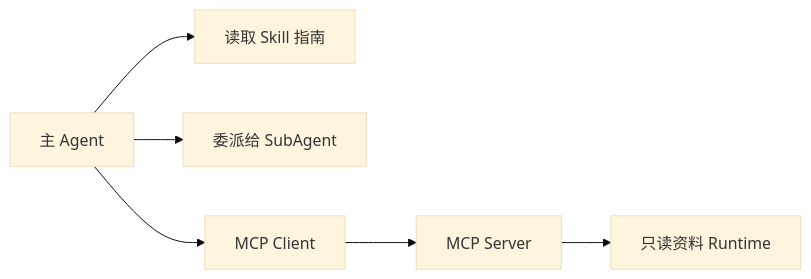
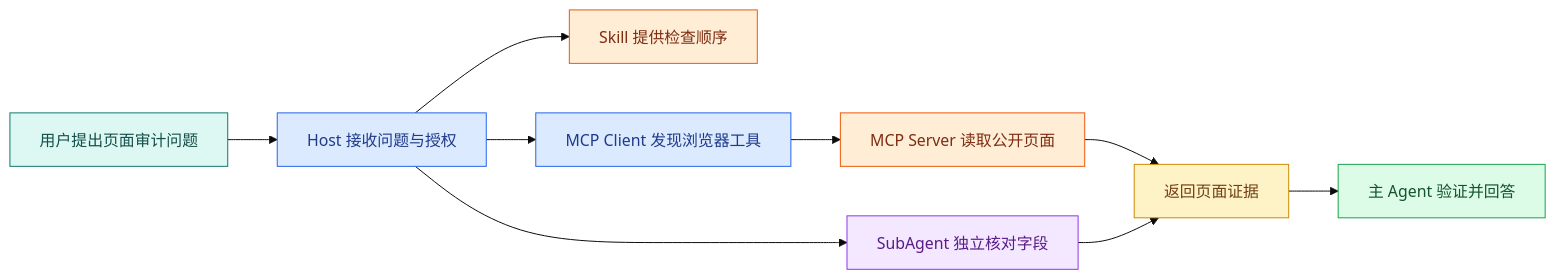
Before and after one commit to upJiang/jiang-blog-vitepress: the diagram in docs/ai-agent/mcp-skills-subagents.md, drawn with Mermaid (base theme). The commit also changed other lines of this file and 129 other files, not shown here.

````diff
--- a/docs/ai-agent/mcp-skills-subagents.md
+++ b/docs/ai-agent/mcp-skills-subagents.md
@@ -25,8 +29,24 @@
 ```mermaid
 flowchart LR
-  A[主 Agent] --> B[读取 Skill 指南]
-  A --> C[委派给 SubAgent]
-  A --> D[MCP Client]
-  D --> E[MCP Server]
-  E --> F[只读资料 Runtime]
+  U[用户提出页面审计问题] --> H[Host 接收问题与授权]
+  H --> K[Skill 提供检查顺序]
+  H --> C[MCP Client 发现浏览器工具]
+  C --> S[MCP Server 读取公开页面]
+  H --> A[SubAgent 独立核对字段]
+  S --> D[返回页面证据]
+  A --> D
+  D --> V[主 Agent 验证并回答]
+
+  classDef input fill:#DDF8F2,stroke:#0F766E,color:#134E4A;
+  classDef program fill:#DBEAFE,stroke:#2563EB,color:#1E3A8A;
+  classDef tool fill:#FFEDD5,stroke:#EA580C,color:#7C2D12;
+  classDef model fill:#F3E8FF,stroke:#9333EA,color:#581C87;
+  classDef data fill:#FEF3C7,stroke:#CA8A04,color:#713F12;
+  classDef success fill:#DCFCE7,stroke:#16A34A,color:#14532D;
+  class U input;
+  class H,C program;
+  class K,S tool;
+  class A model;
+  class D data;
+  class V success;
 ```
````
